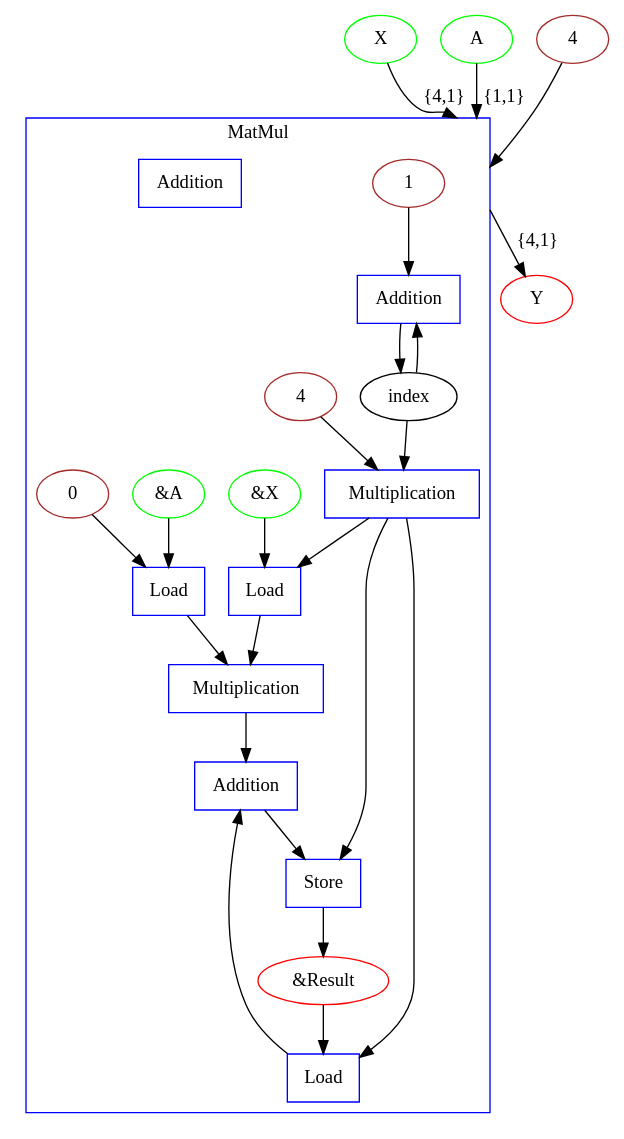
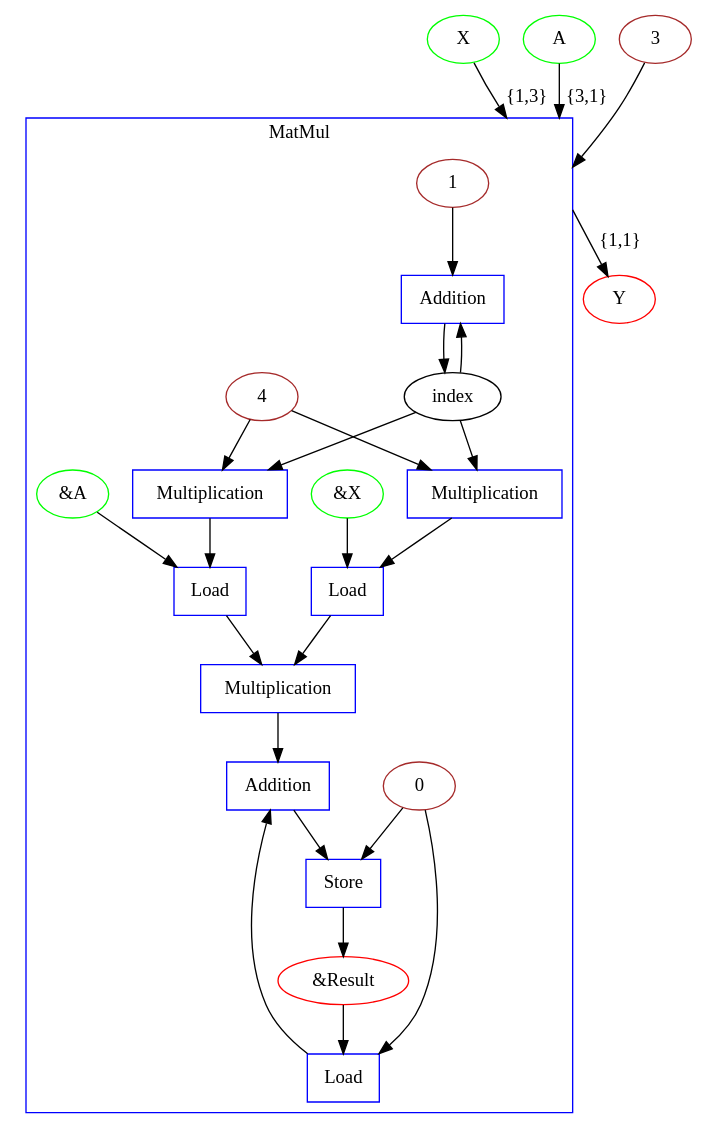
Before and after one commit to specs-feup/onnx-flow: the diagram in graph.dot, drawn with Graphviz. The commit also changed 6 other files, not shown here.

```diff
--- a/graph.dot
+++ b/graph.dot
@@ -1,50 +1,52 @@
 digraph {
   graph [compound=true];
   X [label=X shape=ellipse color="#00FF00"];
   A [label=A shape=ellipse color="#00FF00"];
   Y [label=Y shape=ellipse color="#FF0000"];
   subgraph cluster_0 {
     graph [label=MatMul shape=box color="#0000FF"];
     0 [shape=point style=invis];
     addToIndexNode_0 [label=1 shape=ellipse color="#A52A2A"];
     Index_0 [label=index shape=ellipse];
     displacementInMemory_0 [label=4 shape=ellipse color="#A52A2A"];
     Index0_0 [label=Multiplication shape=box color="#0000FF"];
-    Index1_0 [label=0 shape=ellipse color="#A52A2A"];
+    Index1_0 [label=Multiplication shape=box color="#0000FF"];
+    IndexResNode_0 [label=0 shape=ellipse color="#A52A2A"];
     X_0 [label="&X" shape=ellipse color="#00FF00"];
     A_0 [label="&A" shape=ellipse color="#00FF00"];
     MatMul_0 [label="&Result" shape=ellipse color="#FF0000"];
     Multiplication4_0 [label=Multiplication shape=box color="#0000FF"];
     Addition2_0 [label=Addition shape=box color="#0000FF"];
     Addition8_0 [label=Addition shape=box color="#0000FF"];
-    Addition9_0 [label=Addition shape=box color="#0000FF"];
     Load0_0 [label=Load shape=box color="#0000FF"];
     Load1_0 [label=Load shape=box color="#0000FF"];
     Load2_0 [label=Load shape=box color="#0000FF"];
     Store_0 [label=Store shape=box color="#0000FF"];
   }
 
-  Loop_iterations_0 [label=4 shape=ellipse color="#A52A2A"];
-  X -> 0 [label="{4,1}" lhead=cluster_0];
-  A -> 0 [label="{1,1}" lhead=cluster_0];
-  0 -> Y [label="{4,1}" ltail=cluster_0];
+  Loop_iterations_0 [label=3 shape=ellipse color="#A52A2A"];
+  X -> 0 [label="{1,3}" lhead=cluster_0];
+  A -> 0 [label="{3,1}" lhead=cluster_0];
+  0 -> Y [label="{1,1}" ltail=cluster_0];
   Loop_iterations_0 -> 0 [lhead=cluster_0];
   Index_0 -> Index0_0;
   displacementInMemory_0 -> Index0_0;
+  Index_0 -> Index1_0;
+  displacementInMemory_0 -> Index1_0;
   X_0 -> Load0_0;
   Index0_0 -> Load0_0;
   A_0 -> Load1_0;
   Index1_0 -> Load1_0;
   Load0_0 -> Multiplication4_0;
   Load1_0 -> Multiplication4_0;
   MatMul_0 -> Load2_0;
-  Index0_0 -> Load2_0;
+  IndexResNode_0 -> Load2_0;
   Load2_0 -> Addition2_0;
   Multiplication4_0 -> Addition2_0;
-  Index0_0 -> Store_0;
+  IndexResNode_0 -> Store_0;
   Addition2_0 -> Store_0;
   Store_0 -> MatMul_0;
   Index_0 -> Addition8_0;
   addToIndexNode_0 -> Addition8_0;
   Addition8_0 -> Index_0;
 }
```
